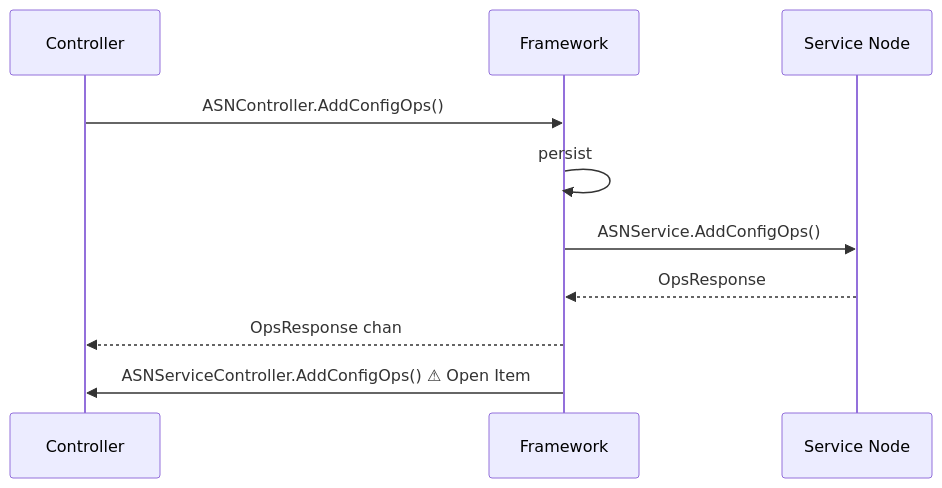
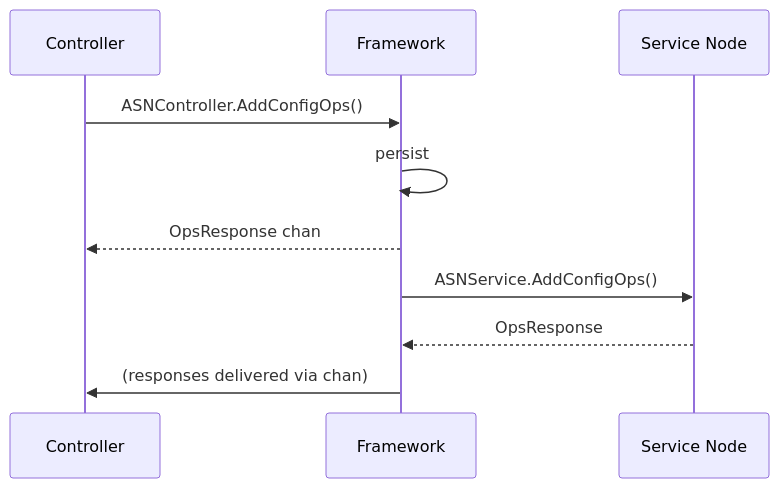
One commit to amianetworks/asn-service-utils changed the fifth of 5 diagrams in workflow/Design.md. Above: the diagram before and after it, drawn with Mermaid. The commit also changed other lines of this file and 1 other file, not shown here.

Commit message:
Remove controller callbacks for config ops; update APIs to return streaming `OpsResponse`

````diff
--- a/workflow/Design.md
+++ b/workflow/Design.md
@@ -333,13 +320,13 @@
 ```mermaid
 sequenceDiagram
     participant C as Controller
     participant F as Framework
     participant SN as Service Node
 
     C->>F: ASNController.AddConfigOps()
     F->>F: persist
+    F-->>C: OpsResponse chan
     F->>SN: ASNService.AddConfigOps()
     SN-->>F: OpsResponse
-    F-->>C: OpsResponse chan
-    F->>C: ASNServiceController.AddConfigOps() ⚠ Open Item #1
+    F->>C: (responses delivered via chan)
 ```
````
